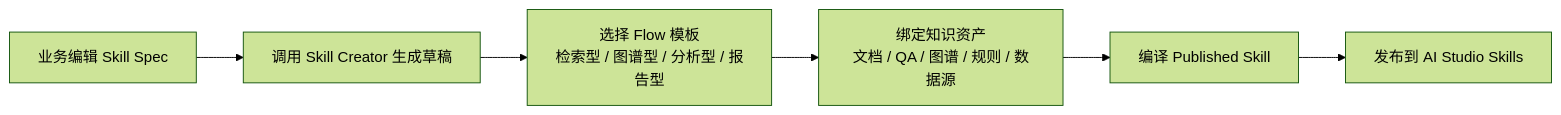
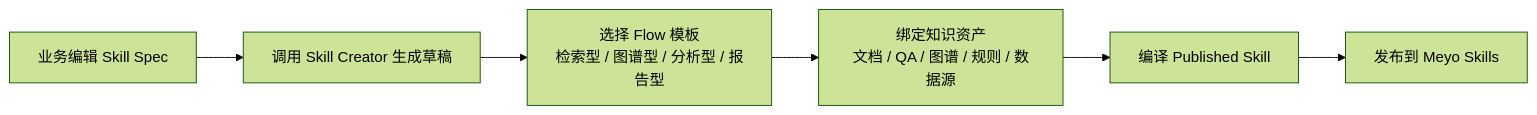
One commit to memoryDemo/ai-studio changed the third of 3 diagrams in docs/docs/application/base_project/functional_design.md. Above: the diagram before and after it, drawn with Mermaid (forest theme). The commit also changed other lines of this file and 48 other files, not shown here.

Commit message:
add: 调整项目名称为 meyo , 生成产品logo图. 并且修改对应文档.

````diff
--- a/docs/docs/application/base_project/functional_design.md
+++ b/docs/docs/application/base_project/functional_design.md
@@ -204,8 +204,8 @@
 ```mermaid
 flowchart LR
   S1["业务编辑 Skill Spec"] --> S2["调用 Skill Creator 生成草稿"]
   S2 --> S3["选择 Flow 模板<br/>检索型 / 图谱型 / 分析型 / 报告型"]
   S3 --> S4["绑定知识资产<br/>文档 / QA / 图谱 / 规则 / 数据源"]
   S4 --> S5["编译 Published Skill"]
-  S5 --> S6["发布到 AI Studio Skills"]
+  S5 --> S6["发布到 Meyo Skills"]
 ```
````
